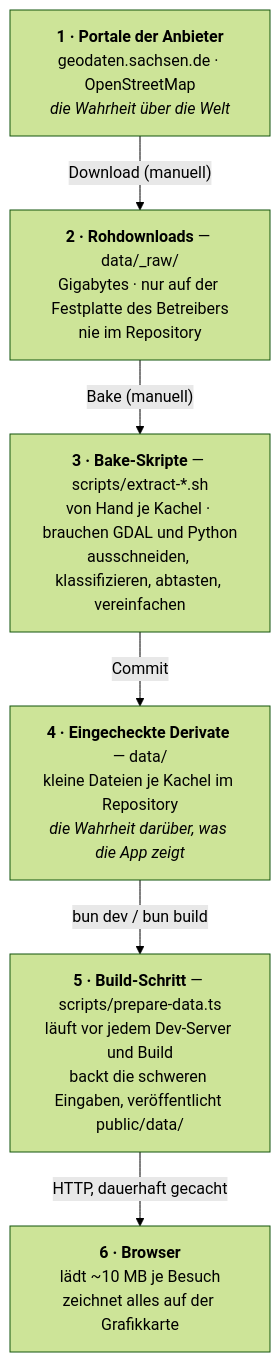
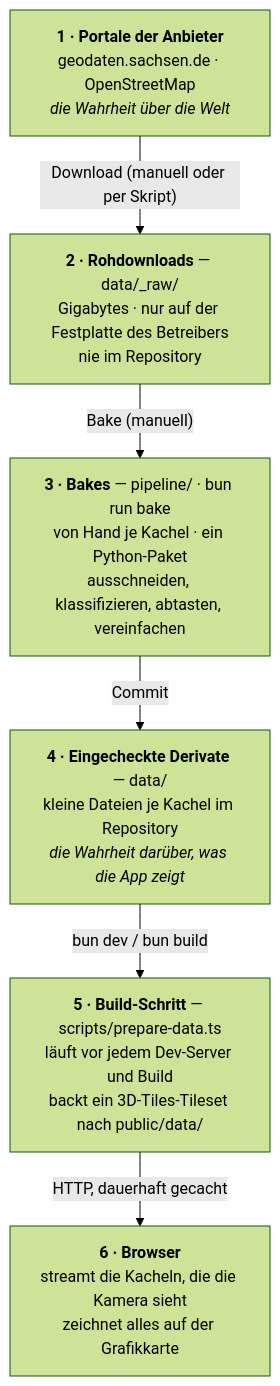
One commit to mdugue/bridge changed the first of 2 diagrams in docs/guide/de/data-journey.md. Above: the diagram before and after it, drawn with Mermaid (forest theme). The commit also changed other lines of this file and 9 other files, not shown here.

First line of the commit message:
docs(guide): streaming tiles, runtime colours and the Python bakes, in English and German

````diff
--- a/docs/guide/de/data-journey.md
+++ b/docs/guide/de/data-journey.md
@@ -14,14 +14,14 @@
 ```mermaid
 flowchart TB
   S1["<b>1 · Portale der Anbieter</b><br/>geodaten.sachsen.de · OpenStreetMap<br/><i>die Wahrheit über die Welt</i>"]
   S2["<b>2 · Rohdownloads</b> — data/_raw/<br/>Gigabytes · nur auf der Festplatte des Betreibers<br/>nie im Repository"]
-  S3["<b>3 · Bake-Skripte</b> — scripts/extract-*.sh<br/>von Hand je Kachel · brauchen GDAL und Python<br/>ausschneiden, klassifizieren, abtasten, vereinfachen"]
+  S3["<b>3 · Bakes</b> — pipeline/ · bun run bake<br/>von Hand je Kachel · ein Python-Paket<br/>ausschneiden, klassifizieren, abtasten, vereinfachen"]
   S4["<b>4 · Eingecheckte Derivate</b> — data/<br/>kleine Dateien je Kachel im Repository<br/><i>die Wahrheit darüber, was die App zeigt</i>"]
-  S5["<b>5 · Build-Schritt</b> — scripts/prepare-data.ts<br/>läuft vor jedem Dev-Server und Build<br/>backt die schweren Eingaben, veröffentlicht public/data/"]
-  S6["<b>6 · Browser</b><br/>lädt ~10 MB je Besuch<br/>zeichnet alles auf der Grafikkarte"]
-  S1 -->|"Download (manuell)"| S2
+  S5["<b>5 · Build-Schritt</b> — scripts/prepare-data.ts<br/>läuft vor jedem Dev-Server und Build<br/>backt ein 3D-Tiles-Tileset nach public/data/"]
+  S6["<b>6 · Browser</b><br/>streamt die Kacheln, die die Kamera sieht<br/>zeichnet alles auf der Grafikkarte"]
+  S1 -->|"Download (manuell oder per Skript)"| S2
   S2 -->|"Bake (manuell)"| S3
   S3 -->|"Commit"| S4
   S4 -->|"bun dev / bun build"| S5
   S5 -->|"HTTP, dauerhaft gecacht"| S6
 ```
````
